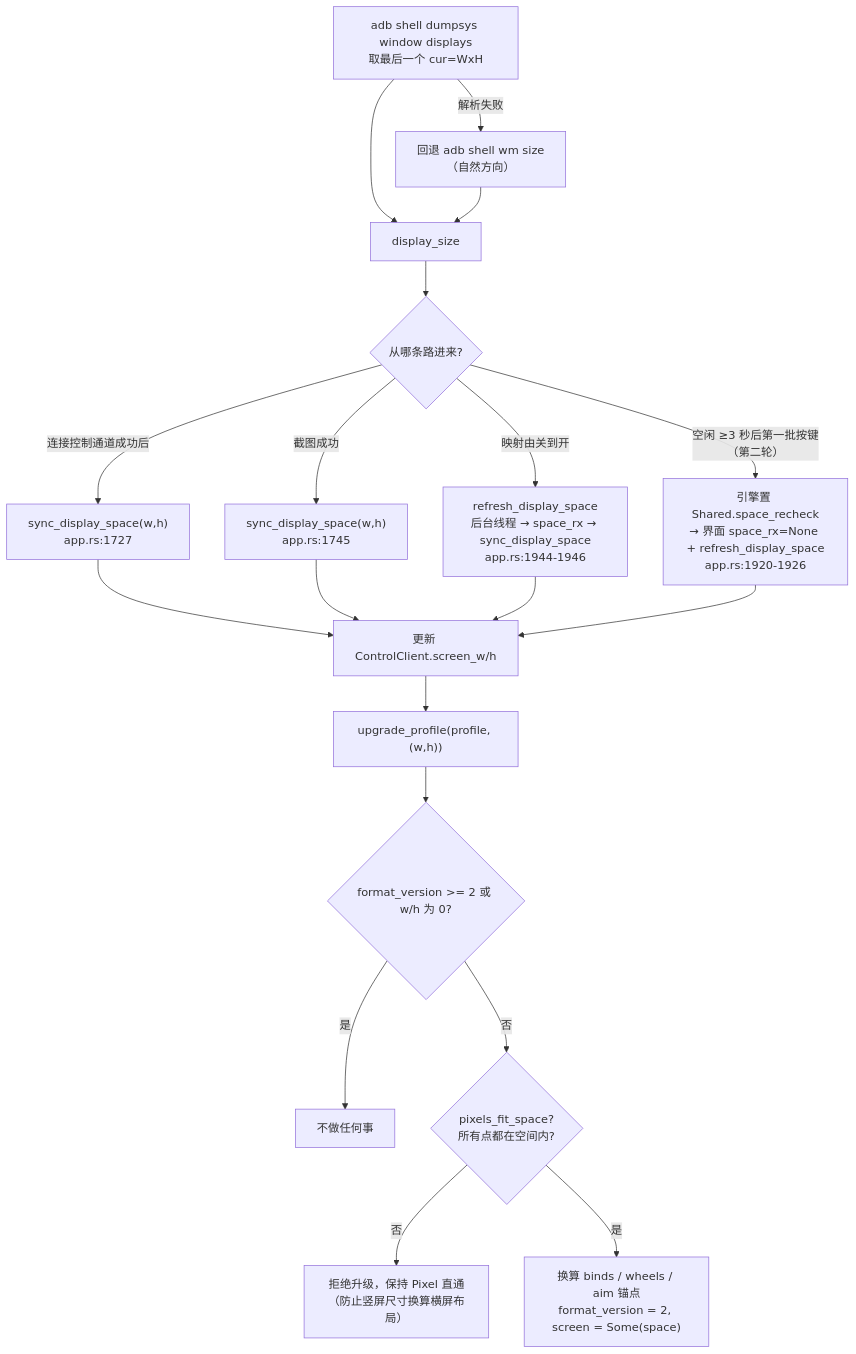
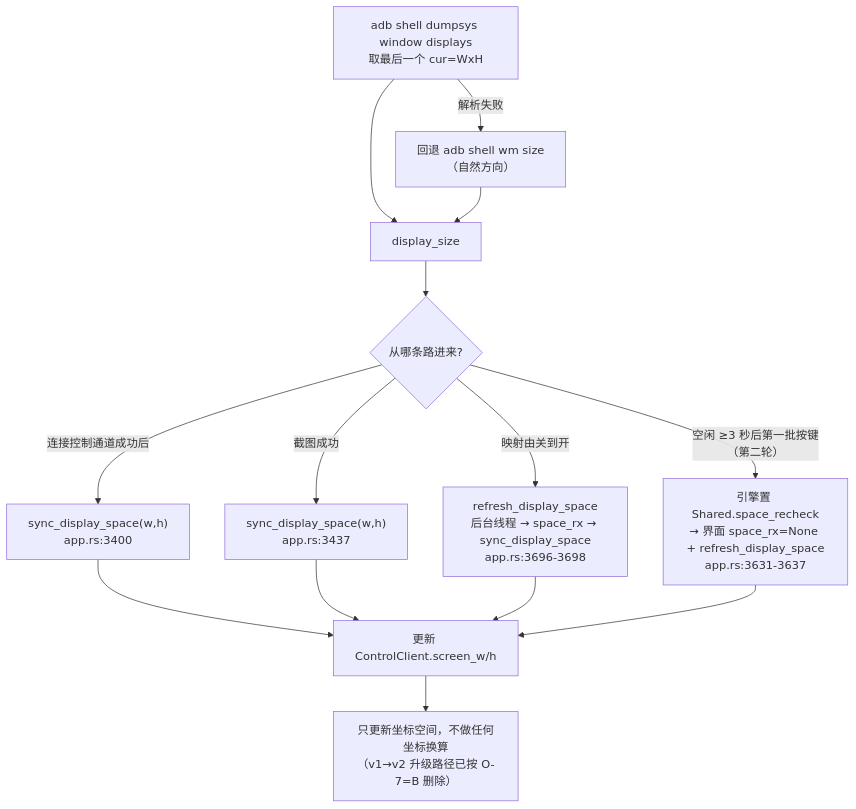
One commit to Azrl-lyh/scrcpy-pad changed the sixth of 10 diagrams in 文档/功能组分说明.md. Above: the diagram before and after it, drawn with Mermaid. The commit also changed other lines of this file and 235 other files, not shown here.

````diff
--- a/文档/功能组分说明.md
+++ b/文档/功能组分说明.md
@@ -632,21 +668,16 @@
 ```mermaid
 flowchart TD
     A["adb shell dumpsys window displays<br/>取最后一个 cur=WxH"] -->|"解析失败"| B["回退 adb shell wm size<br/>（自然方向）"]
     A --> C["display_size"]
     B --> C
     C --> D{"从哪条路进来?"}
-    D -->|"连接控制通道成功后"| E["sync_display_space(w,h)<br/>app.rs:1727"]
-    D -->|"截图成功"| F["sync_display_space(w,h)<br/>app.rs:1745"]
-    D -->|"映射由关到开"| G["refresh_display_space<br/>后台线程 → space_rx → sync_display_space<br/>app.rs:1944-1946"]
-    D -->|"空闲 ≥3 秒后第一批按键<br/>（第二轮）"| G2["引擎置 Shared.space_recheck<br/>→ 界面 space_rx=None + refresh_display_space<br/>app.rs:1920-1926"]
+    D -->|"连接控制通道成功后"| E["sync_display_space(w,h)<br/>app.rs:3400"]
+    D -->|"截图成功"| F["sync_display_space(w,h)<br/>app.rs:3437"]
+    D -->|"映射由关到开"| G["refresh_display_space<br/>后台线程 → space_rx → sync_display_space<br/>app.rs:3696-3698"]
+    D -->|"空闲 ≥3 秒后第一批按键<br/>（第二轮）"| G2["引擎置 Shared.space_recheck<br/>→ 界面 space_rx=None + refresh_display_space<br/>app.rs:3631-3637"]
     E --> H["更新 ControlClient.screen_w/h"]
     F --> H
     G --> H
     G2 --> H
-    H --> I["upgrade_profile(profile, (w,h))"]
-    I --> J{"format_version >= 2 或 w/h 为 0?"}
-    J -->|"是"| K["不做任何事"]
-    J -->|"否"| L{"pixels_fit_space?<br/>所有点都在空间内?"}
-    L -->|"否"| M["拒绝升级，保持 Pixel 直通<br/>（防止竖屏尺寸换算横屏布局）"]
-    L -->|"是"| N["换算 binds / wheels / aim 锚点<br/>format_version = 2, screen = Some(space)"]
+    H --> I["只更新坐标空间，不做任何坐标换算<br/>（v1→v2 升级路径已按 O-7=B 删除）"]
 ```
````
